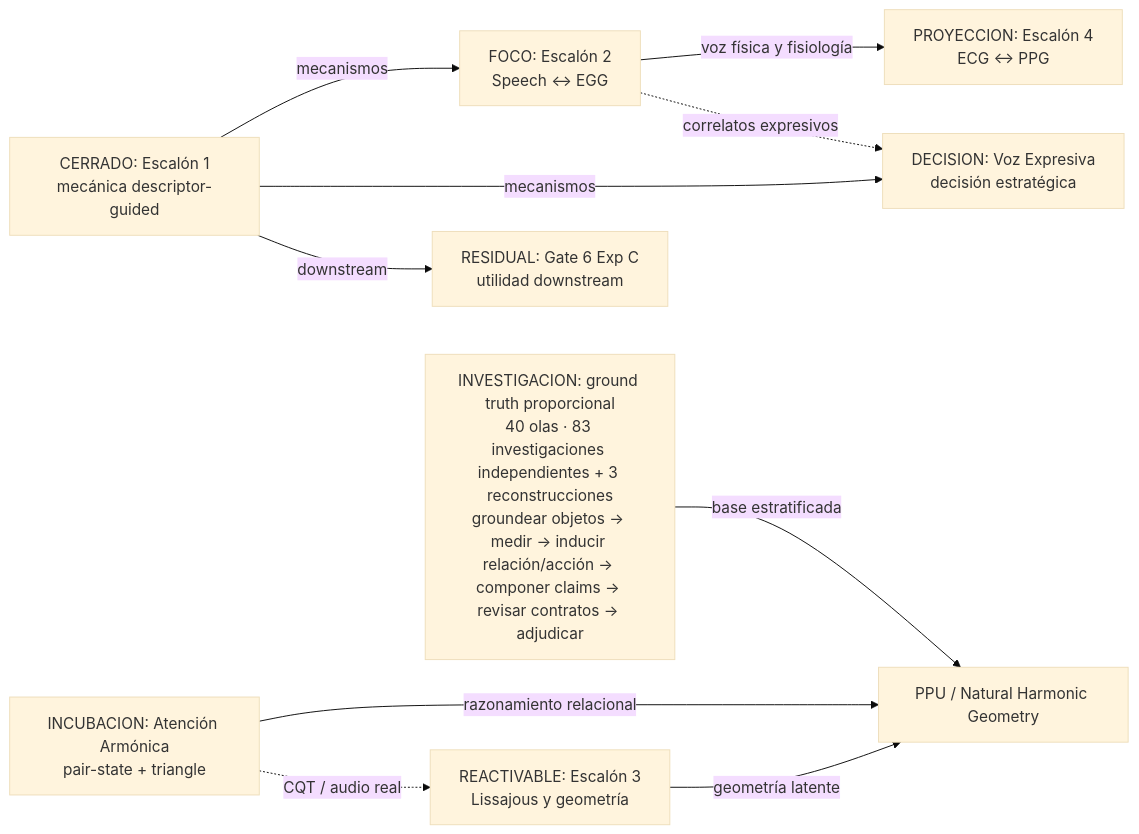
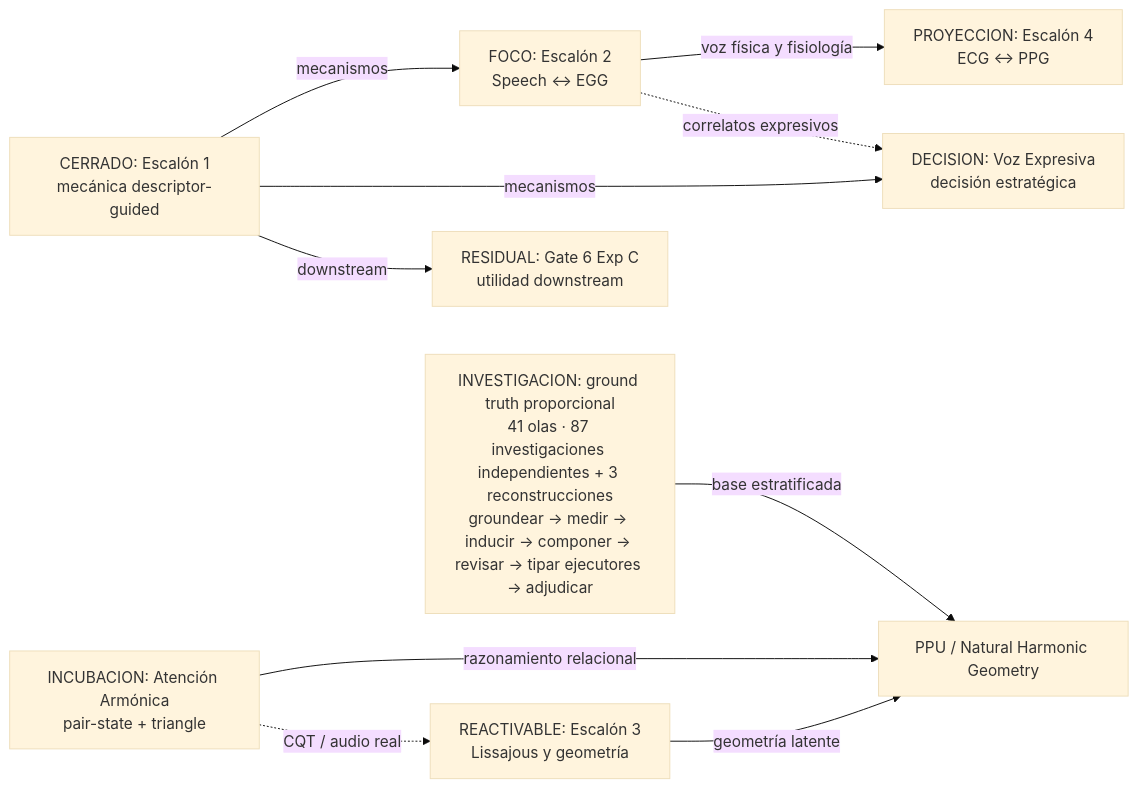
One commit to Mar-IA-no/Phideus changed the first of 2 diagrams in Documents/05_WIKI/MAPA_VISUAL_DEL_PROGRAMA.md. Above: the diagram before and after it, drawn with Mermaid (base theme). The commit also changed other lines of this file and 14 other files, not shown here.

````diff
--- a/Documents/05_WIKI/MAPA_VISUAL_DEL_PROGRAMA.md
+++ b/Documents/05_WIKI/MAPA_VISUAL_DEL_PROGRAMA.md
@@ -36,22 +36,22 @@
 ```mermaid
 flowchart LR
     E1["CERRADO: Escalón 1<br/>mecánica descriptor-guided"]
     G6["RESIDUAL: Gate 6 Exp C<br/>utilidad downstream"]
     E2["FOCO: Escalón 2<br/>Speech ↔ EGG"]
     VE["DECISION: Voz Expresiva<br/>decisión estratégica"]
     E3["REACTIVABLE: Escalón 3<br/>Lissajous y geometría"]
     AA["INCUBACION: Atención Armónica<br/>pair-state + triangle"]
     E4["PROYECCION: Escalón 4<br/>ECG ↔ PPG"]
     PPU["PPU / Natural Harmonic Geometry"]
-    GT["INVESTIGACION: ground truth proporcional<br/>40 olas · 83 investigaciones independientes + 3 reconstrucciones<br/>groundear objetos → medir → inducir relación/acción → componer claims → revisar contratos → adjudicar"]
+    GT["INVESTIGACION: ground truth proporcional<br/>41 olas · 87 investigaciones independientes + 3 reconstrucciones<br/>groundear → medir → inducir → componer → revisar → tipar ejecutores → adjudicar"]
 
     E1 -->|mecanismos| E2
     E1 -->|mecanismos| VE
     E1 -->|downstream| G6
     E2 -->|voz física y fisiología| E4
     E2 -.->|correlatos expresivos| VE
     E3 -->|geometría latente| PPU
     AA -->|razonamiento relacional| PPU
     GT -->|base estratificada| PPU
     AA -.->|CQT / audio real| E3
 ```
````
